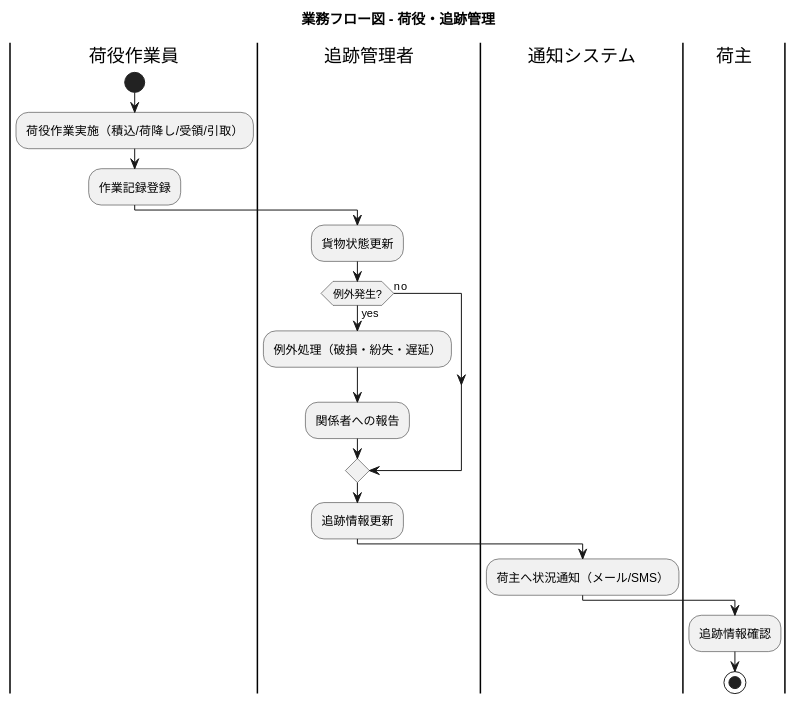
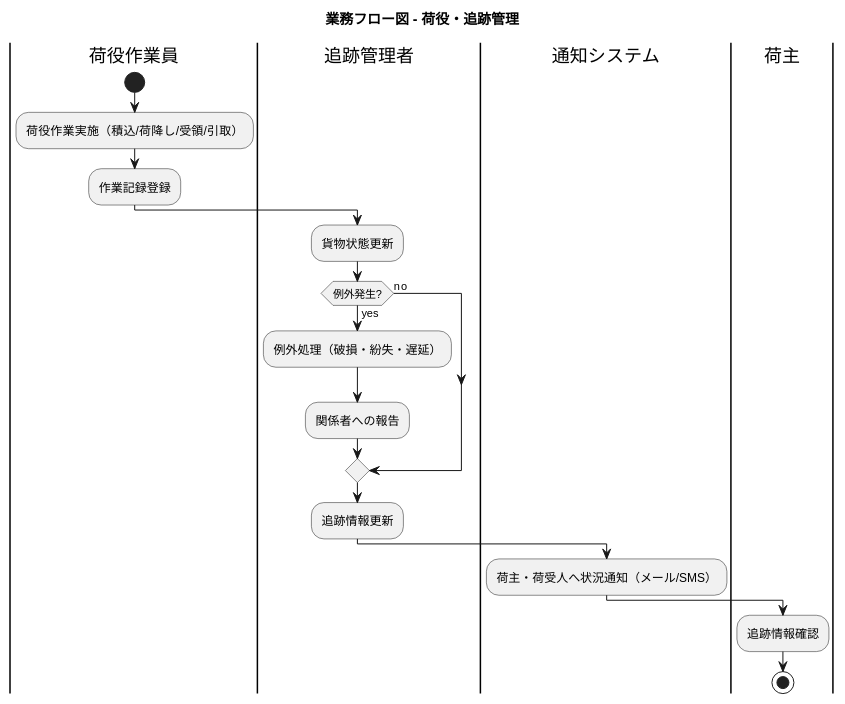
Before and after one commit to k2works/case-study-cargo-tracker: the tenth of 21 diagrams in docs/requirements/requirements_definition.md, drawn with PlantUML. The commit also changed other lines of this file and 3 other files, not shown here.

````diff
--- a/docs/requirements/requirements_definition.md
+++ b/docs/requirements/requirements_definition.md
@@ -402,28 +555,28 @@
 ```plantuml
 @startuml
 
 title 業務フロー図 - 荷役・追跡管理
 
 |荷役作業員|
 start
 :荷役作業実施（積込/荷降し/受領/引取）;
 :作業記録登録;
 
 |追跡管理者|
 :貨物状態更新;
 if (例外発生?) then (yes)
   :例外処理（破損・紛失・遅延）;
   :関係者への報告;
 else (no)
 endif
 :追跡情報更新;
 
 |通知システム|
-:荷主へ状況通知（メール/SMS）;
+:荷主・荷受人へ状況通知（メール/SMS）;
 
 |荷主|
 :追跡情報確認;
 stop
 
 @enduml
 ```
````
